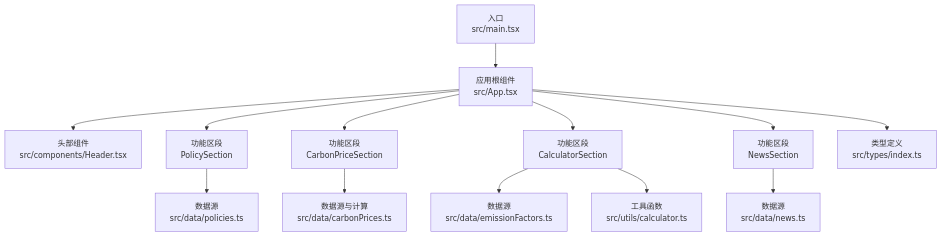
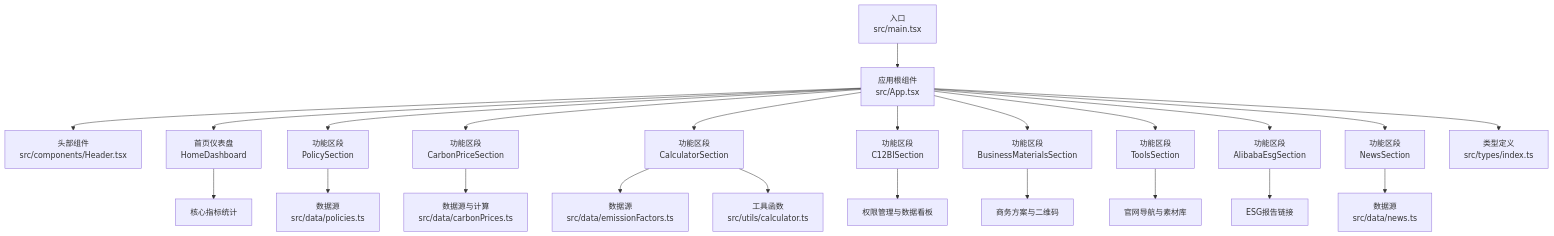
The first of 11 diagrams in .qoder/repowiki/zh/content/项目概述.md (liangxuanliang-cmd/carbon-info-agent), drawn with Mermaid before and after one commit. The commit also changed other lines of this file and 21 other files, not shown here.

````diff
--- a/.qoder/repowiki/zh/content/项目概述.md
+++ b/.qoder/repowiki/zh/content/项目概述.md
@@ -48,15 +63,25 @@
 ```mermaid
 graph TB
 A["入口<br/>src/main.tsx"] --> B["应用根组件<br/>src/App.tsx"]
 B --> C["头部组件<br/>src/components/Header.tsx"]
-B --> D["功能区段<br/>PolicySection"]
-B --> E["功能区段<br/>CarbonPriceSection"]
-B --> F["功能区段<br/>CalculatorSection"]
-B --> G["功能区段<br/>NewsSection"]
-D --> H["数据源<br/>src/data/policies.ts"]
-E --> I["数据源与计算<br/>src/data/carbonPrices.ts"]
-F --> J["数据源<br/>src/data/emissionFactors.ts"]
-F --> K["工具函数<br/>src/utils/calculator.ts"]
-G --> L["数据源<br/>src/data/news.ts"]
-B --> M["类型定义<br/>src/types/index.ts"]
+B --> D["首页仪表盘<br/>HomeDashboard"]
+B --> E["功能区段<br/>PolicySection"]
+B --> F["功能区段<br/>CarbonPriceSection"]
+B --> G["功能区段<br/>CalculatorSection"]
+B --> H["功能区段<br/>C12BISection"]
+B --> I["功能区段<br/>BusinessMaterialsSection"]
+B --> J["功能区段<br/>ToolsSection"]
+B --> K["功能区段<br/>AlibabaEsgSection"]
+B --> L["功能区段<br/>NewsSection"]
+D --> M["核心指标统计"]
+E --> N["数据源<br/>src/data/policies.ts"]
+F --> O["数据源与计算<br/>src/data/carbonPrices.ts"]
+G --> P["数据源<br/>src/data/emissionFactors.ts"]
+G --> Q["工具函数<br/>src/utils/calculator.ts"]
+H --> R["权限管理与数据看板"]
+I --> S["商务方案与二维码"]
+J --> T["官网导航与素材库"]
+K --> U["ESG报告链接"]
+L --> V["数据源<br/>src/data/news.ts"]
+B --> W["类型定义<br/>src/types/index.ts"]
 ```
````
